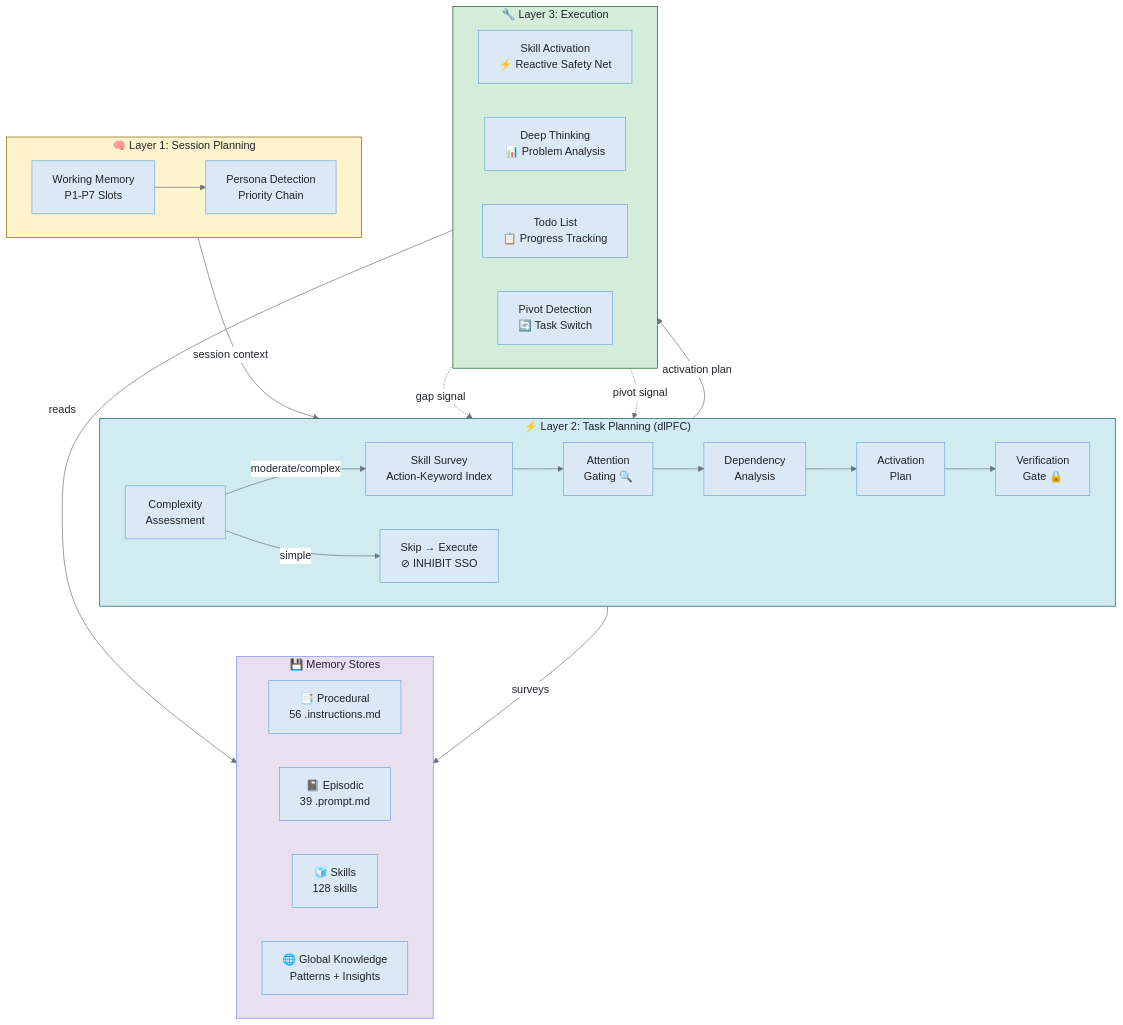
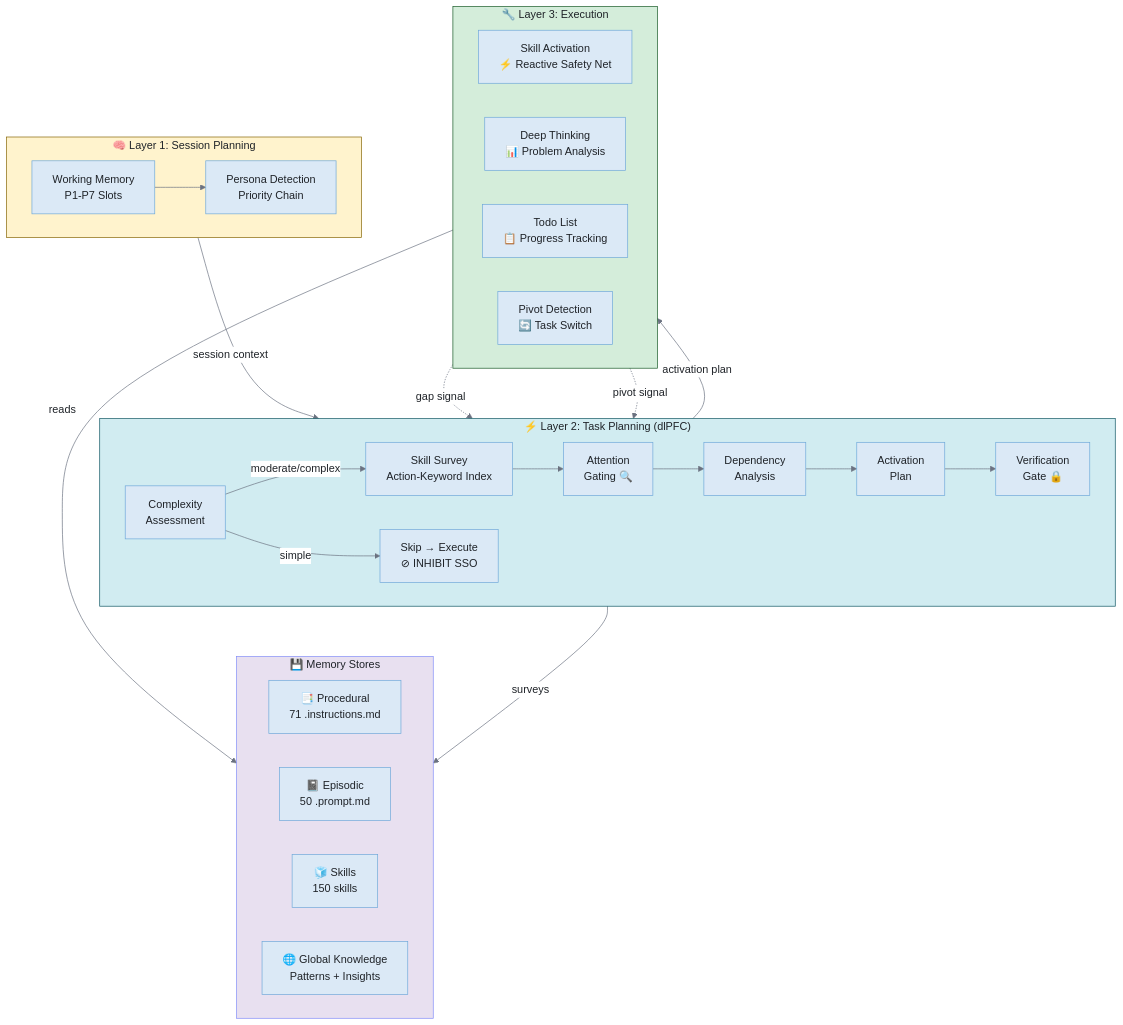
Before and after one commit to fabioc-aloha/Alex_Plug_In: the sixth of 7 diagrams in alex_docs/architecture/COGNITIVE-ARCHITECTURE.md, drawn with Mermaid. The commit also changed 1238 other files, not shown here.

````diff
--- a/alex_docs/architecture/COGNITIVE-ARCHITECTURE.md
+++ b/alex_docs/architecture/COGNITIVE-ARCHITECTURE.md
@@ -359,50 +359,50 @@
 ```mermaid
 %%{init: {'theme': 'base', 'themeVariables': {'background': '#f8f9fa', 'primaryColor': '#dbe9f6', 'primaryTextColor': '#1f2328', 'primaryBorderColor': '#6ea8d9', 'lineColor': '#6b7280', 'secondaryColor': '#d1f5ef', 'secondaryBorderColor': '#5ab5a0', 'tertiaryColor': '#ede7f6', 'tertiaryBorderColor': '#b39ddb', 'edgeLabelBackground': '#ffffff', 'fontFamily': 'Segoe UI, system-ui, sans-serif'}}}%%
 flowchart TB
     subgraph L1["🧠 Layer 1: Session Planning"]
         direction LR
         WM["Working Memory<br/>P1-P7 Slots"]
         PP["Persona Detection<br/>Priority Chain"]
         WM --> PP
     end
 
     subgraph L2["⚡ Layer 2: Task Planning (dlPFC)"]
         direction LR
         CA["Complexity<br/>Assessment"]
         SS["Skill Survey<br/>Action-Keyword Index"]
         AG["Attention<br/>Gating 🔍"]
         DA["Dependency<br/>Analysis"]
         AP["Activation<br/>Plan"]
         VG["Verification<br/>Gate 🔒"]
         CA -->|"moderate/complex"| SS --> AG --> DA --> AP --> VG
         CA -->|"simple"| SKIP["Skip → Execute<br/>⊘ INHIBIT SSO"]
     end
 
     subgraph L3["🔧 Layer 3: Execution"]
         direction LR
         SA["Skill Activation<br/>⚡ Reactive Safety Net"]
         DT["Deep Thinking<br/>📊 Problem Analysis"]
         TL["Todo List<br/>📋 Progress Tracking"]
         PD["Pivot Detection<br/>🔄 Task Switch"]
         SA -.->|"gap signal"| SS
         PD -.->|"pivot signal"| CA
     end
 
     subgraph Memory["💾 Memory Stores"]
         direction LR
-        PROC["📑 Procedural<br/>56 .instructions.md"]
-        EPIS["📓 Episodic<br/>39 .prompt.md"]
-        SKILLS["🧊 Skills<br/>128 skills"]
+        PROC["📑 Procedural<br/>71 .instructions.md"]
+        EPIS["📓 Episodic<br/>50 .prompt.md"]
+        SKILLS["🧊 Skills<br/>150 skills"]
         GK["🌐 Global Knowledge<br/>Patterns + Insights"]
     end
 
     L1 -->|"session context"| L2
     L2 -->|"activation plan"| L3
     L3 -->|"reads"| Memory
     L2 -->|"surveys"| SKILLS
 
     style L1 fill:#fff3cd,stroke:#856404,color:#1f2328
     style L2 fill:#d1ecf1,stroke:#0c5460,color:#1f2328
     style L3 fill:#d4edda,stroke:#155724,color:#1f2328
     style Memory fill:#e8e0f0,stroke:#818cf8,color:#1f2328
 ```
````
